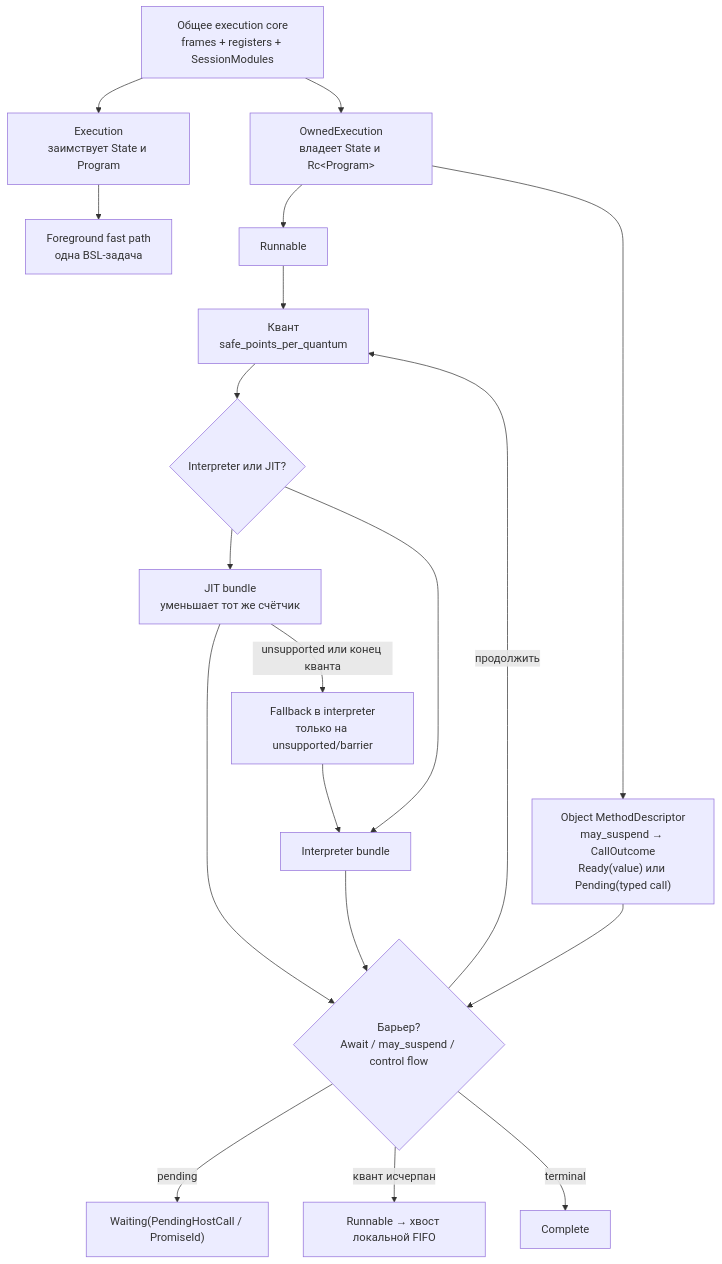
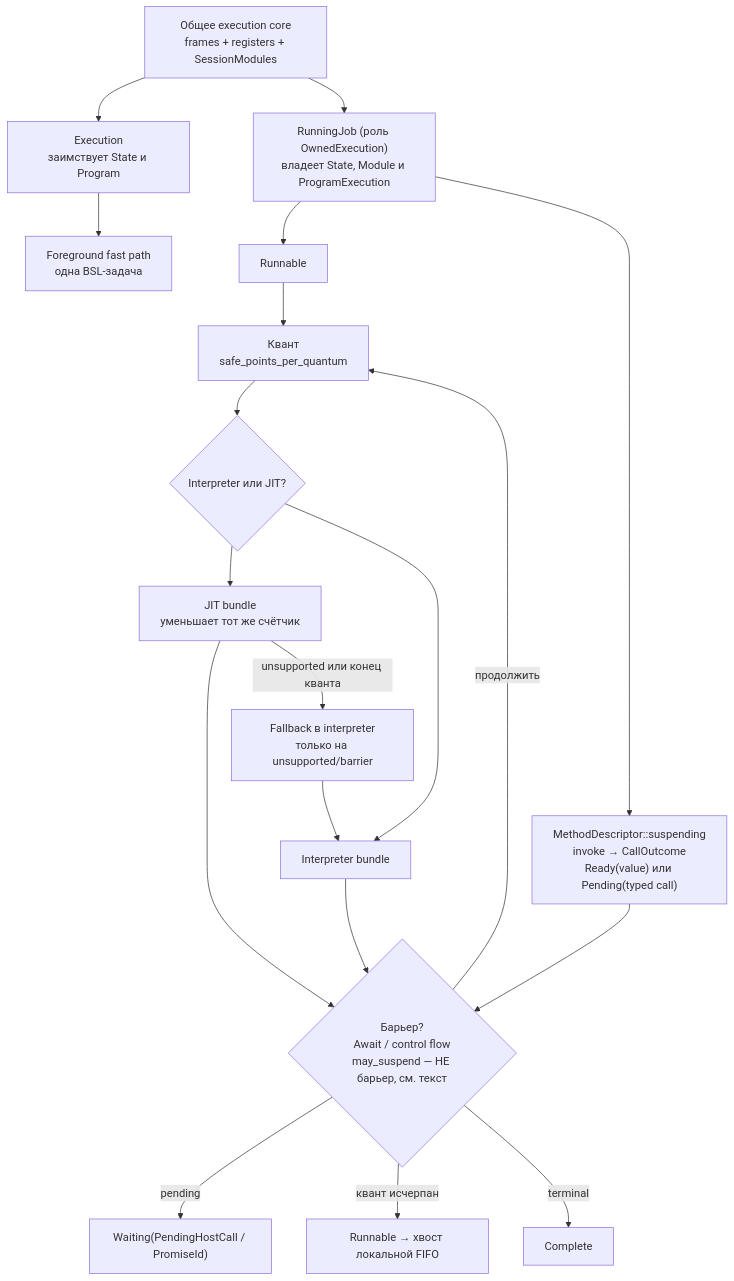
One commit to dobpilot/open-bsl changed the ninth of 21 diagrams in docs/component-architecture.md. Above: the diagram before and after it, drawn with Mermaid. The commit also changed other lines of this file and 6 other files, not shown here.

````diff
--- a/docs/component-architecture.md
+++ b/docs/component-architecture.md
@@ -425,31 +432,31 @@
 ```mermaid
 flowchart TD
     core["Общее execution core<br/>frames + registers + SessionModules"]
     borrowed["Execution<br/>заимствует State и Program"]
-    owned["OwnedExecution<br/>владеет State и Rc&lt;Program&gt;"]
+    owned["RunningJob (роль OwnedExecution)<br/>владеет State, Module и ProgramExecution"]
     runnable["Runnable"]
     quantum["Квант<br/>safe_points_per_quantum"]
     dispatch{"Interpreter или JIT?"}
     jit["JIT bundle<br/>уменьшает тот же счётчик"]
     interpreter["Interpreter bundle"]
-    barrier{"Барьер?<br/>Await / may_suspend / control flow"}
+    barrier{"Барьер?<br/>Await / control flow<br/>may_suspend — НЕ барьер, см. текст"}
     waiting["Waiting(PendingHostCall / PromiseId)"]
     tail["Runnable → хвост локальной FIFO"]
     complete["Complete"]
     fallback["Fallback в interpreter<br/>только на unsupported/barrier"]
     fast["Foreground fast path<br/>одна BSL-задача"]
-    callout["Object MethodDescriptor<br/>may_suspend → CallOutcome<br/>Ready(value) или Pending(typed call)"]
+    callout["MethodDescriptor::suspending<br/>invoke → CallOutcome<br/>Ready(value) или Pending(typed call)"]
 
     core --> borrowed
     core --> owned
     borrowed --> fast
     owned --> runnable --> quantum --> dispatch
     owned --> callout --> barrier
     dispatch --> jit --> barrier
     dispatch --> interpreter --> barrier
     jit -->|"unsupported или конец кванта"| fallback --> interpreter
     barrier -->|"pending"| waiting
     barrier -->|"квант исчерпан"| tail
     barrier -->|"terminal"| complete
     barrier -->|"продолжить"| quantum
 ```
````
